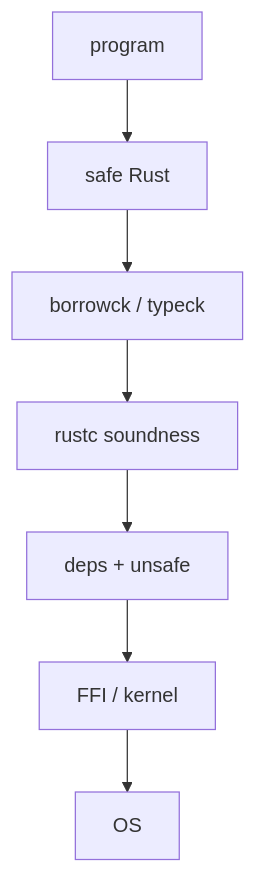
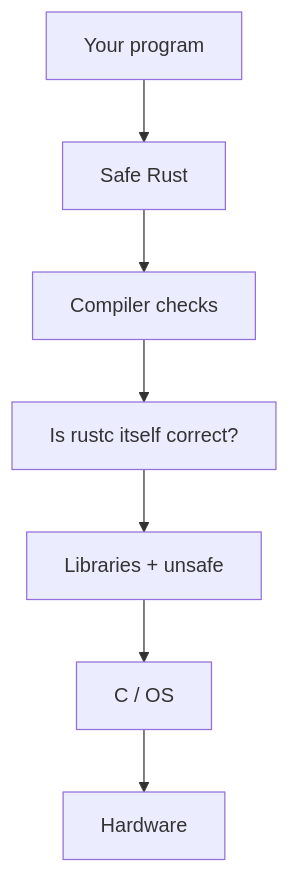
Before and after one commit to aabhinavg1/FixIt: the diagram in docs/articles/rust-claims-a-reality-check.md, drawn with Mermaid. The commit also changed other lines of this file, not shown here.

First line of the commit message:
Rewrite the Rust claims article in shorter, plainer English.

````diff
--- a/docs/articles/rust-claims-a-reality-check.md
+++ b/docs/articles/rust-claims-a-reality-check.md
@@ -80,9 +108,9 @@
 ```mermaid
 flowchart TB
-    P[program] --> S[safe Rust]
-    S --> BC[borrowck / typeck]
-    BC --> RC[rustc soundness]
-    RC --> DEP[deps + unsafe]
-    DEP --> FFI[FFI / kernel]
-    FFI --> HW[OS]
+    P[Your program] --> S[Safe Rust]
+    S --> BC[Compiler checks]
+    BC --> RC[Is rustc itself correct?]
+    RC --> DEP[Libraries + unsafe]
+    DEP --> FFI[C / OS]
+    FFI --> HW[Hardware]
 ```
````
